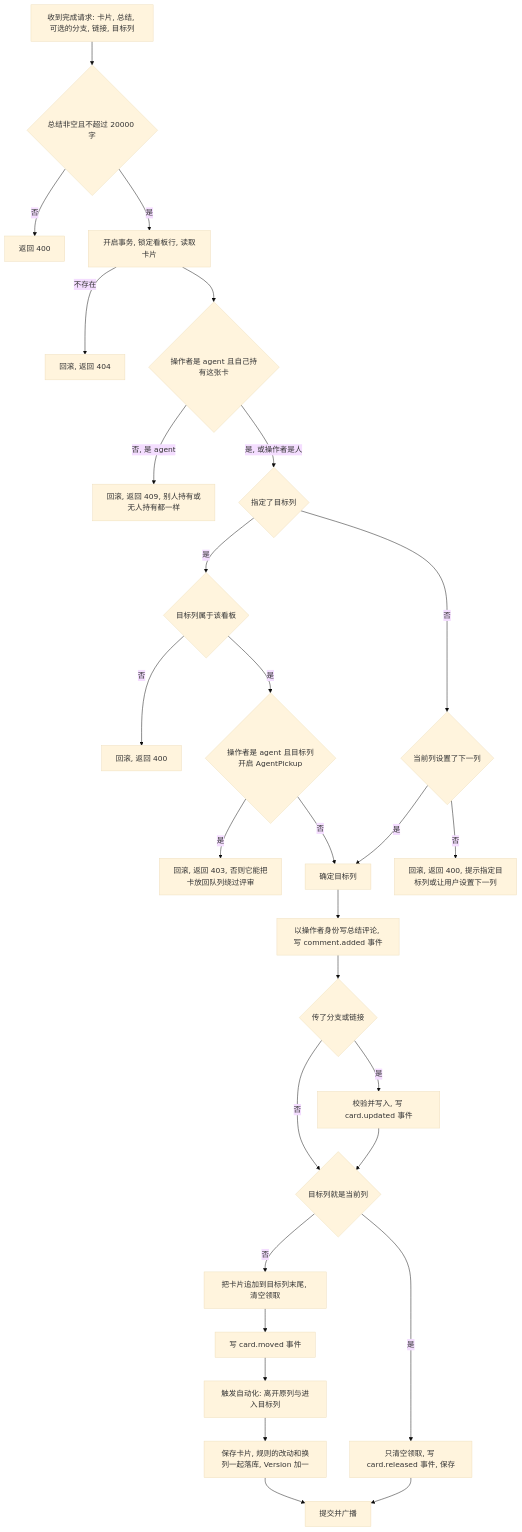
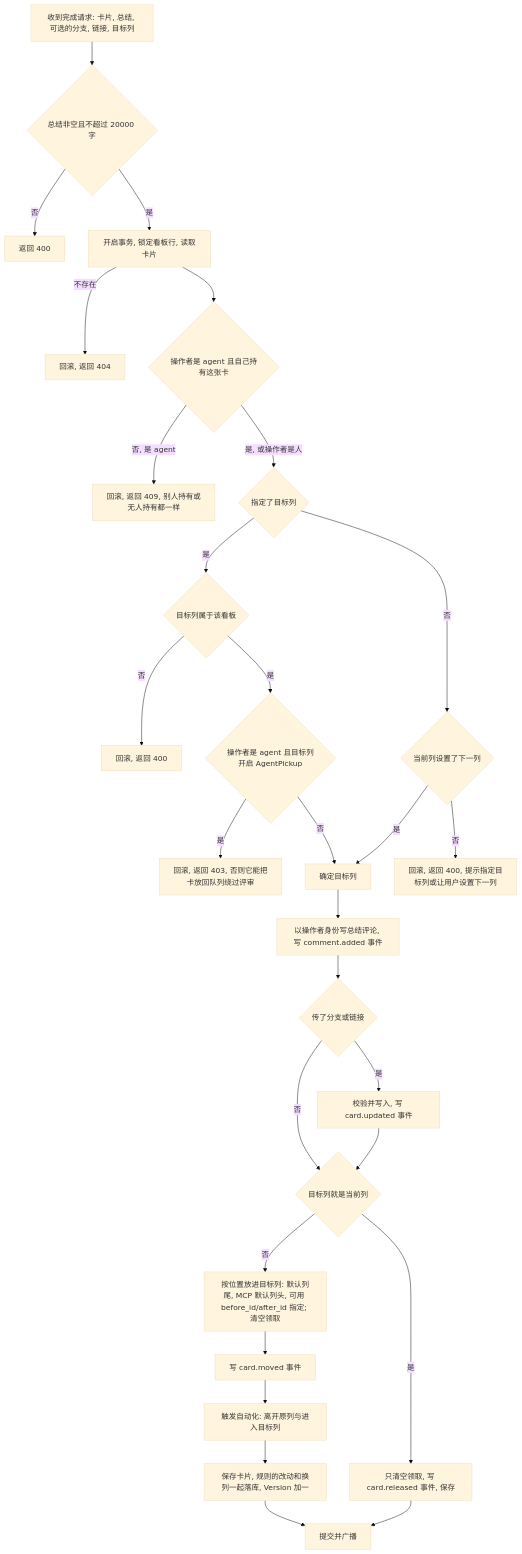
Before and after one commit to ixugo/slate-kanban: the fourth of 5 diagrams in .cursor/scopes/kanban.claim.go.md, drawn with Mermaid (base theme). The commit also changed 11 other files, not shown here.

````diff
--- a/.cursor/scopes/kanban.claim.go.md
+++ b/.cursor/scopes/kanban.claim.go.md
@@ -99,30 +99,30 @@
 ```mermaid
 flowchart TD
     A[收到完成请求: 卡片, 总结, 可选的分支, 链接, 目标列] --> B{总结非空且不超过 20000 字}
     B -->|否| Z1[返回 400]
     B -->|是| C[开启事务, 锁定看板行, 读取卡片]
     C -->|不存在| Z2[回滚, 返回 404]
     C --> D{操作者是 agent 且自己持有这张卡}
     D -->|否, 是 agent| Z3[回滚, 返回 409, 别人持有或无人持有都一样]
     D -->|是, 或操作者是人| E{指定了目标列}
     E -->|是| F{目标列属于该看板}
     F -->|否| Z4[回滚, 返回 400]
     F -->|是| F2{操作者是 agent 且目标列开启 AgentPickup}
     F2 -->|是| Z6[回滚, 返回 403, 否则它能把卡放回队列绕过评审]
     F2 -->|否| I
     E -->|否| G{当前列设置了下一列}
     G -->|否| Z5[回滚, 返回 400, 提示指定目标列或让用户设置下一列]
     G -->|是| I[确定目标列]
     I --> J[以操作者身份写总结评论, 写 comment.added 事件]
     J --> K{传了分支或链接}
     K -->|是| L[校验并写入, 写 card.updated 事件]
     K -->|否| M
     L --> M{目标列就是当前列}
     M -->|是| M2[只清空领取, 写 card.released 事件, 保存]
-    M -->|否| M3[把卡片追加到目标列末尾, 清空领取]
+    M -->|否| M3[按位置放进目标列: 默认列尾, MCP 默认列头, 可用 before_id/after_id 指定; 清空领取]
     M3 --> N[写 card.moved 事件]
     N --> O[触发自动化: 离开原列与进入目标列]
     O --> O2[保存卡片, 规则的改动和换列一起落库, Version 加一]
     O2 --> P[提交并广播]
     M2 --> P
 ```
````
